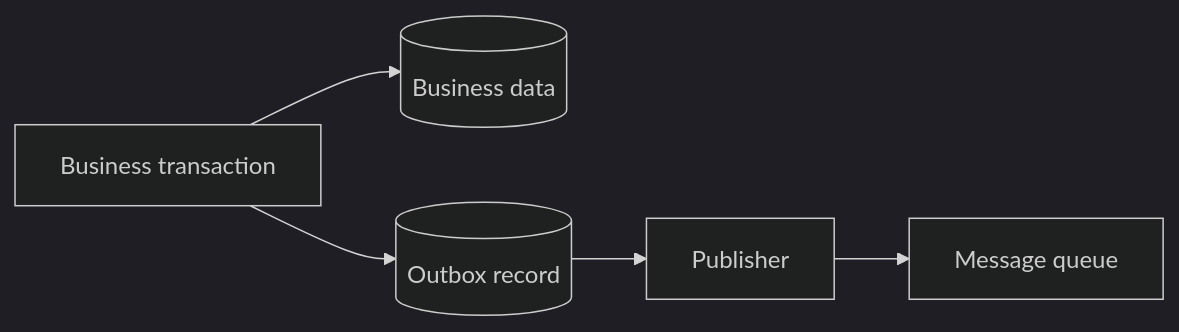
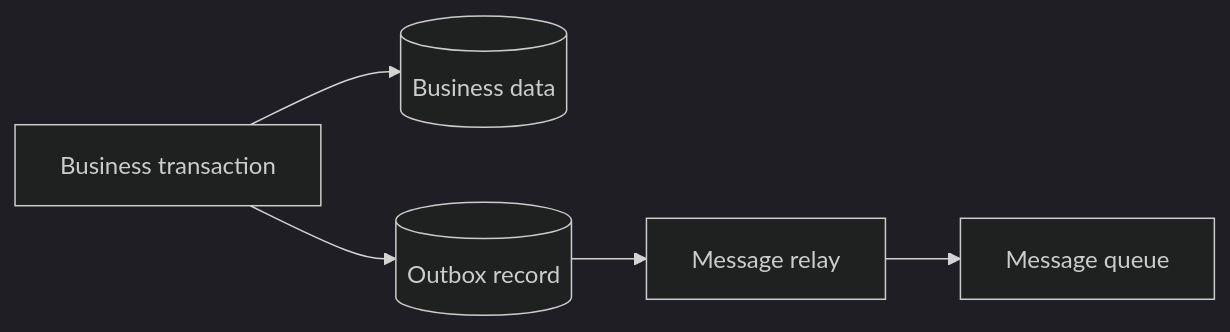
One commit to HaoLiangPao/personal_website changed the diagram in content/CS Area (计算机)/Software Engineering/Distributed Systems/Transactional Outbox.md. Above: the diagram before and after it, drawn with Mermaid (dark theme). The commit also changed other lines of this file and 89 other files, not shown here.

````diff
--- a/content/CS Area (计算机)/Software Engineering/Distributed Systems/Transactional Outbox.md
+++ b/content/CS Area (计算机)/Software Engineering/Distributed Systems/Transactional Outbox.md
@@ -26,7 +37,7 @@
 ```mermaid
 flowchart LR
     A[Business transaction] --> B[(Business data)]
     A --> C[(Outbox record)]
-    C --> D[Publisher]
+    C --> D[Message relay]
     D --> E[Message queue]
 ```
````
